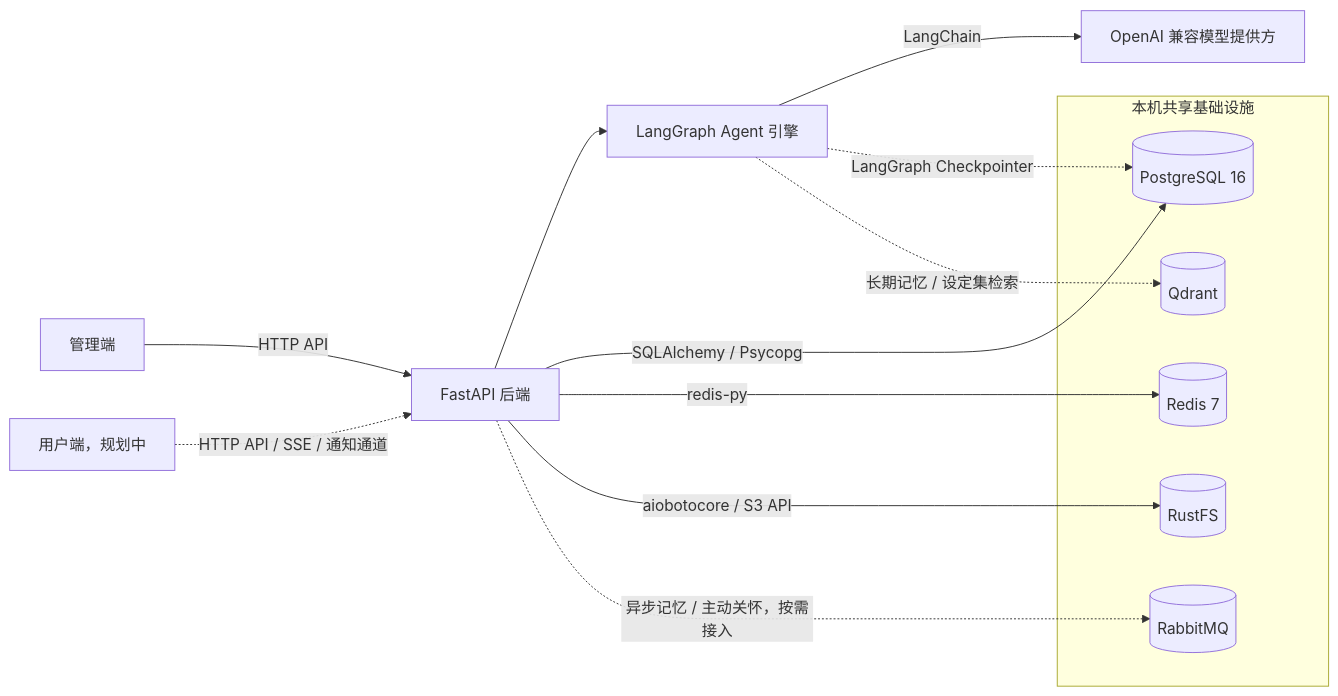
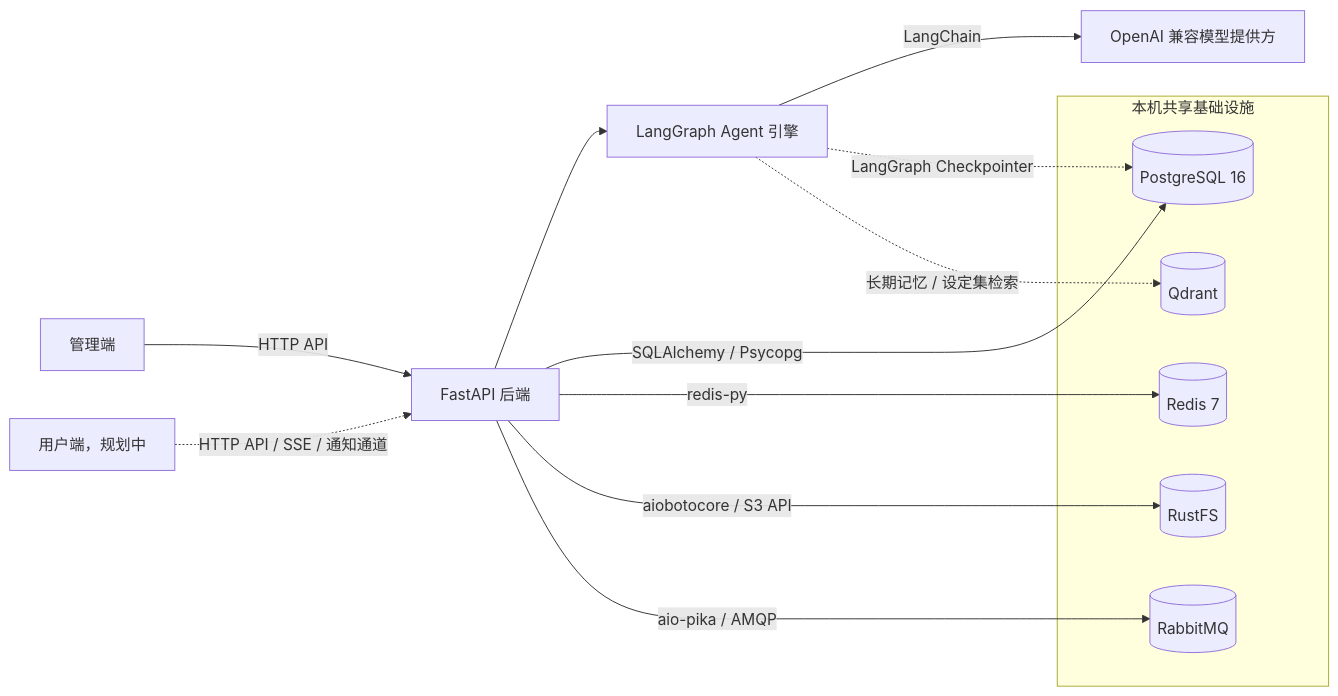
One commit to 0Elaina/hoshi changed the diagram in docs/01-project-overview.md. Above: the diagram before and after it, drawn with Mermaid. The commit also changed other lines of this file and 3 other files, not shown here.

````diff
--- a/docs/01-project-overview.md
+++ b/docs/01-project-overview.md
@@ -33,23 +33,23 @@
 ```mermaid
 flowchart LR
     Admin[管理端] -->|HTTP API| Backend[FastAPI 后端]
     Web[用户端，规划中] -. HTTP API / SSE / 通知通道 .-> Backend
 
     Backend --> Agent[LangGraph Agent 引擎]
     Agent -->|LangChain| LLM[OpenAI 兼容模型提供方]
 
     subgraph Infra[本机共享基础设施]
         Postgres[(PostgreSQL 16)]
         Qdrant[(Qdrant)]
         Redis[(Redis 7)]
         RustFS[(RustFS)]
         RabbitMQ[(RabbitMQ)]
     end
 
     Backend -->|SQLAlchemy / Psycopg| Postgres
     Agent -. LangGraph Checkpointer .-> Postgres
     Agent -. 长期记忆 / 设定集检索 .-> Qdrant
     Backend -->|redis-py| Redis
     Backend -->|aiobotocore / S3 API| RustFS
-    Backend -. 异步记忆 / 主动关怀，按需接入 .-> RabbitMQ
+    Backend -->|aio-pika / AMQP| RabbitMQ
 ```
````
